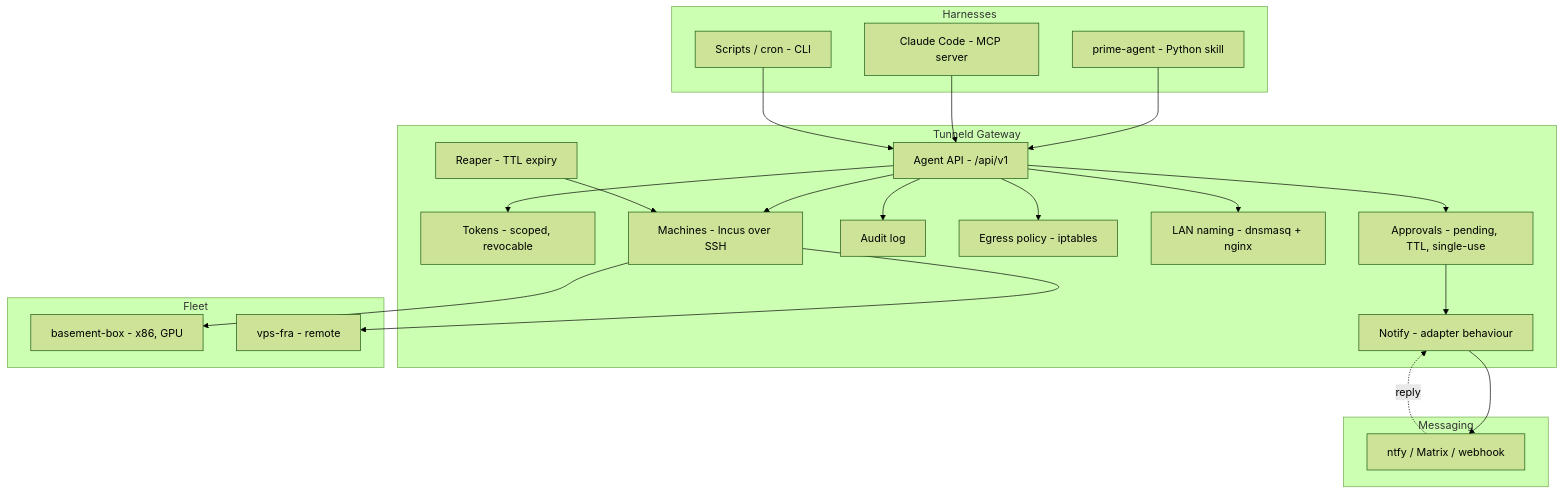
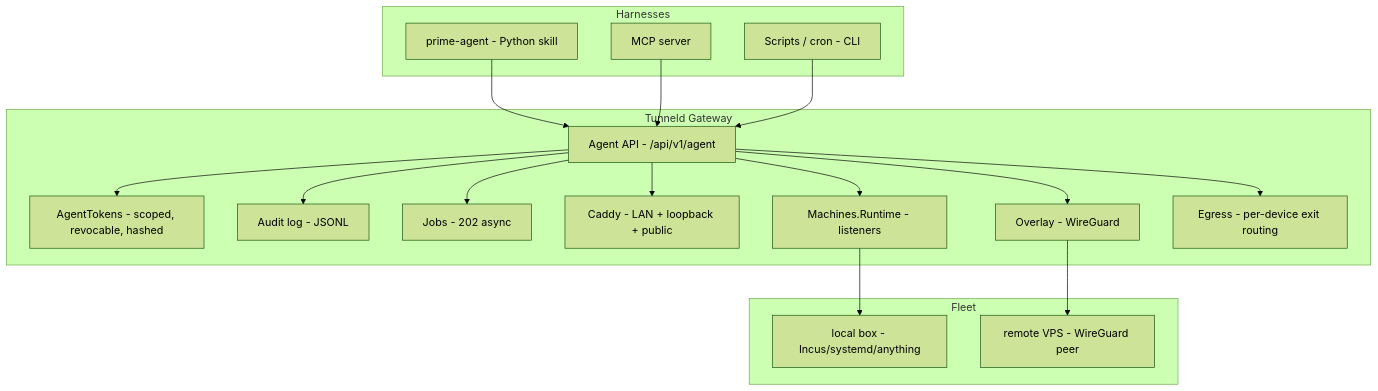
One commit to toreanjoel/tunneld changed the diagram in docs/agent-control-plane.md. Above: the diagram before and after it, drawn with Mermaid (forest theme). The commit also changed other lines of this file and 3 other files, not shown here.

Commit message:
docs: rewrite linked docs to reflect runtime-agnostic architecture (M1-M8)

````diff
--- a/docs/agent-control-plane.md
+++ b/docs/agent-control-plane.md
@@ -31,45 +25,37 @@
 ```mermaid
 graph TB
     subgraph Harnesses
         PA[prime-agent - Python skill]
-        CC[Claude Code - MCP server]
+        MC[MCP server]
         SH[Scripts / cron - CLI]
     end
 
     subgraph Tunneld Gateway
-        API[Agent API - /api/v1]
-        TOK[Tokens - scoped, revocable]
-        APR[Approvals - pending, TTL, single-use]
-        NOT[Notify - adapter behaviour]
-        AUD[Audit log]
-        REAP[Reaper - TTL expiry]
-        EGR[Egress policy - iptables]
-        DNS[LAN naming - dnsmasq + nginx]
-        MACH[Machines - Incus over SSH]
-    end
-
-    subgraph Messaging
-        NTFY[ntfy / Matrix / webhook]
+        API[Agent API - /api/v1/agent]
+        TOK[AgentTokens - scoped, revocable, hashed]
+        AUD[Audit log - JSONL]
+        JOBS[Jobs - 202 async]
+        CADDY[Caddy - LAN + loopback + public]
+        RUNTIME[Machines.Runtime - listeners]
+        OVERLAY[Overlay - WireGuard]
+        EGR[Egress - per-device exit routing]
     end
 
     subgraph Fleet
-        M1[basement-box - x86, GPU]
-        M2[vps-fra - remote]
+        M1[local box - Incus/systemd/anything]
+        M2[remote VPS - WireGuard peer]
     end
 
     PA --> API
-    CC --> API
+    MC --> API
     SH --> API
     API --> TOK
     API --> AUD
-    API --> APR
-    APR --> NOT
-    NOT --> NTFY
-    NTFY -.reply.-> NOT
-    API --> MACH
+    API --> JOBS
+    API --> RUNTIME
+    API --> CADDY
+    API --> OVERLAY
     API --> EGR
-    API --> DNS
-    REAP --> MACH
-    MACH --> M1
-    MACH --> M2
+    RUNTIME --> M1
+    OVERLAY --> M2
 ```
````
